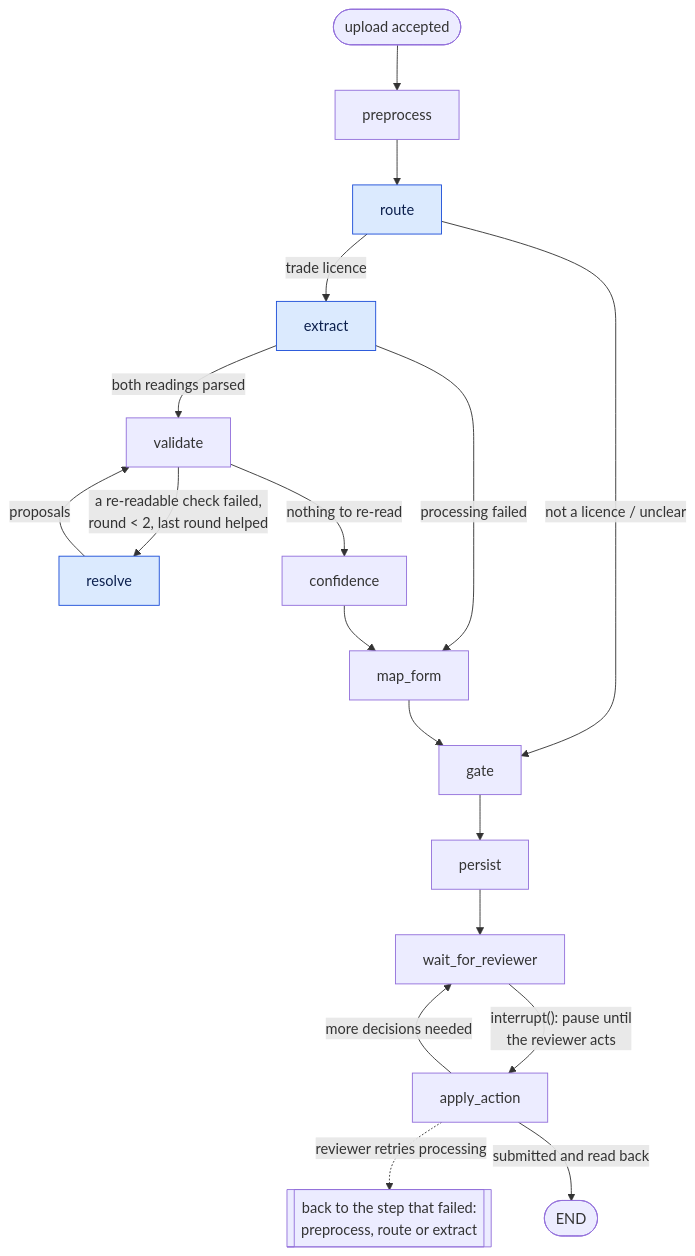
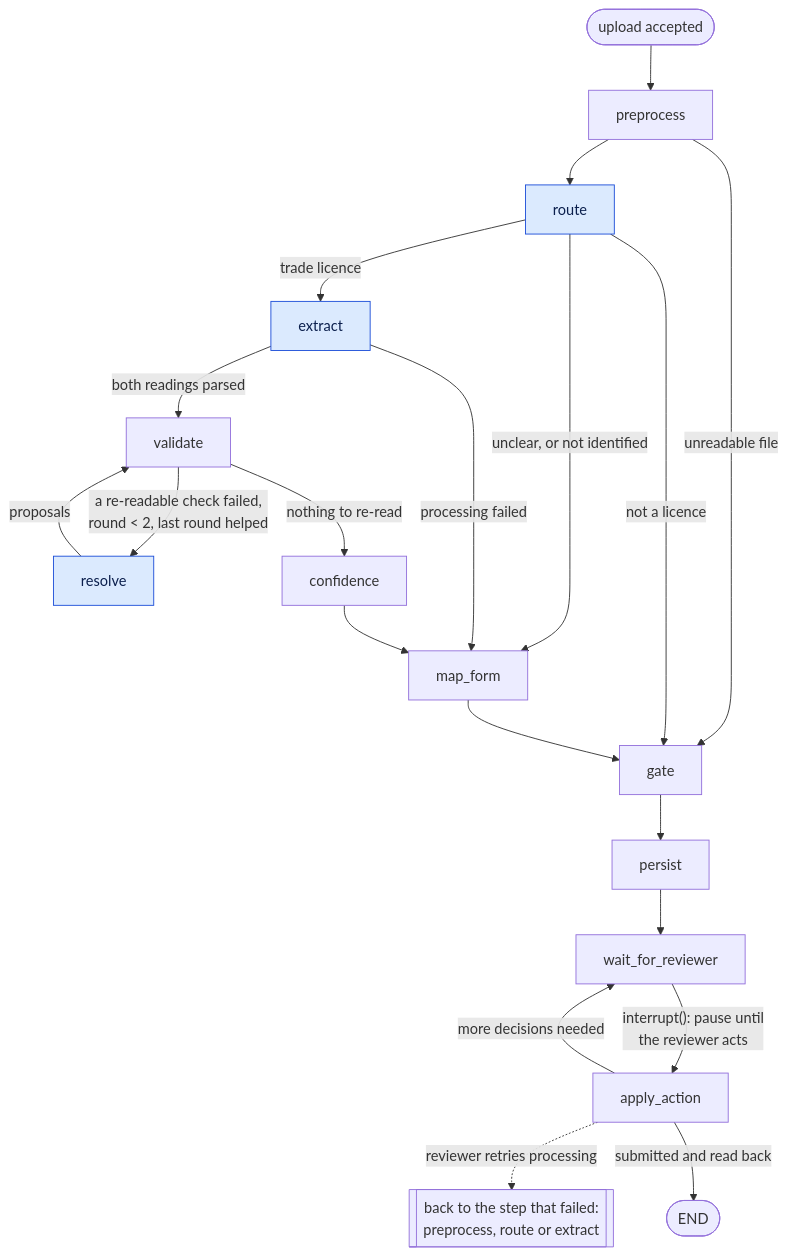
One commit to mutaiib/licence-to-kyb changed the first of 6 diagrams in docs/architecture.md. Above: the diagram before and after it, drawn with Mermaid. The commit also changed other lines of this file and 33 other files, not shown here.

````diff
--- a/docs/architecture.md
+++ b/docs/architecture.md
@@ -73,23 +73,25 @@
 ```mermaid
 flowchart TD
     START([upload accepted]) --> preprocess
     preprocess --> route
+    preprocess -- "unreadable file" --> gate
     route -- "trade licence" --> extract
-    route -- "not a licence / unclear" --> gate
+    route -- "not a licence" --> gate
+    route -- "unclear, or not identified" --> map_form
     extract -- "both readings parsed" --> validate
     extract -- "processing failed" --> map_form
     validate -- "a re-readable check failed,<br/>round < 2, last round helped" --> resolve
     resolve -- "proposals" --> validate
     validate -- "nothing to re-read" --> confidence
     confidence --> map_form
     map_form --> gate
     gate --> persist
     persist --> wait_for_reviewer
     wait_for_reviewer -- "interrupt(): pause until<br/>the reviewer acts" --> apply_action
     apply_action -- "more decisions needed" --> wait_for_reviewer
     apply_action -. "reviewer retries processing" .-> RETRY[["back to the step that failed:<br/>preprocess, route or extract"]]
     apply_action -- "submitted and read back" --> DONE([END])
 
     classDef model fill:#dbeafe,stroke:#1d4ed8,color:#0b1f4d
     class route,extract,resolve model
 ```
````
